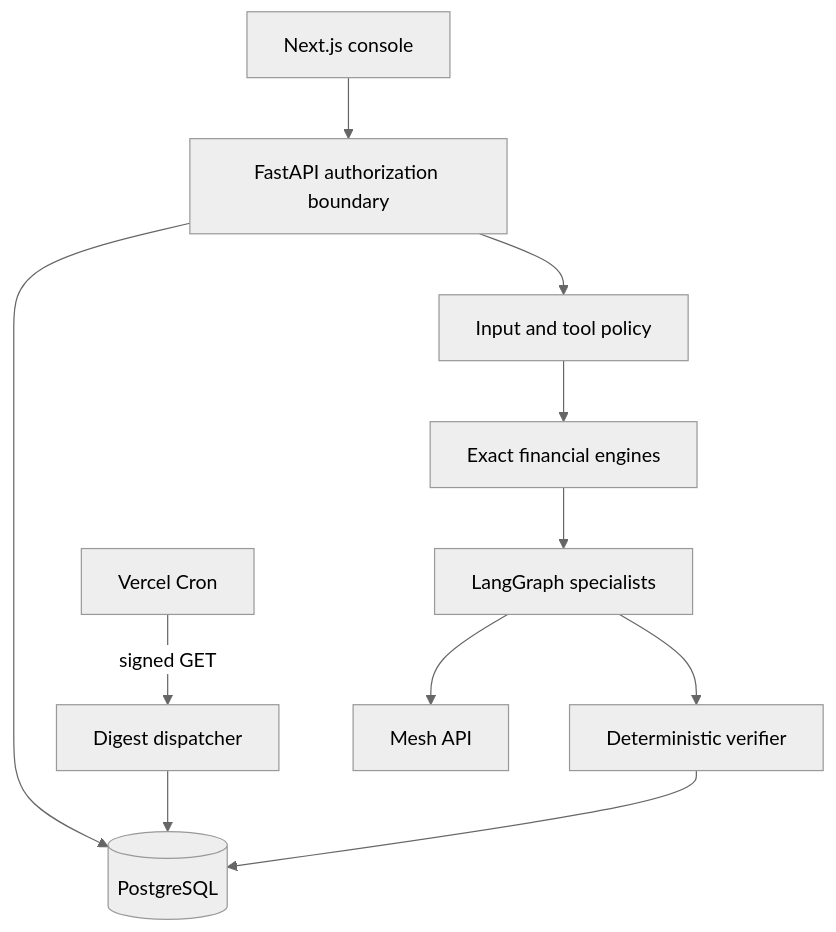
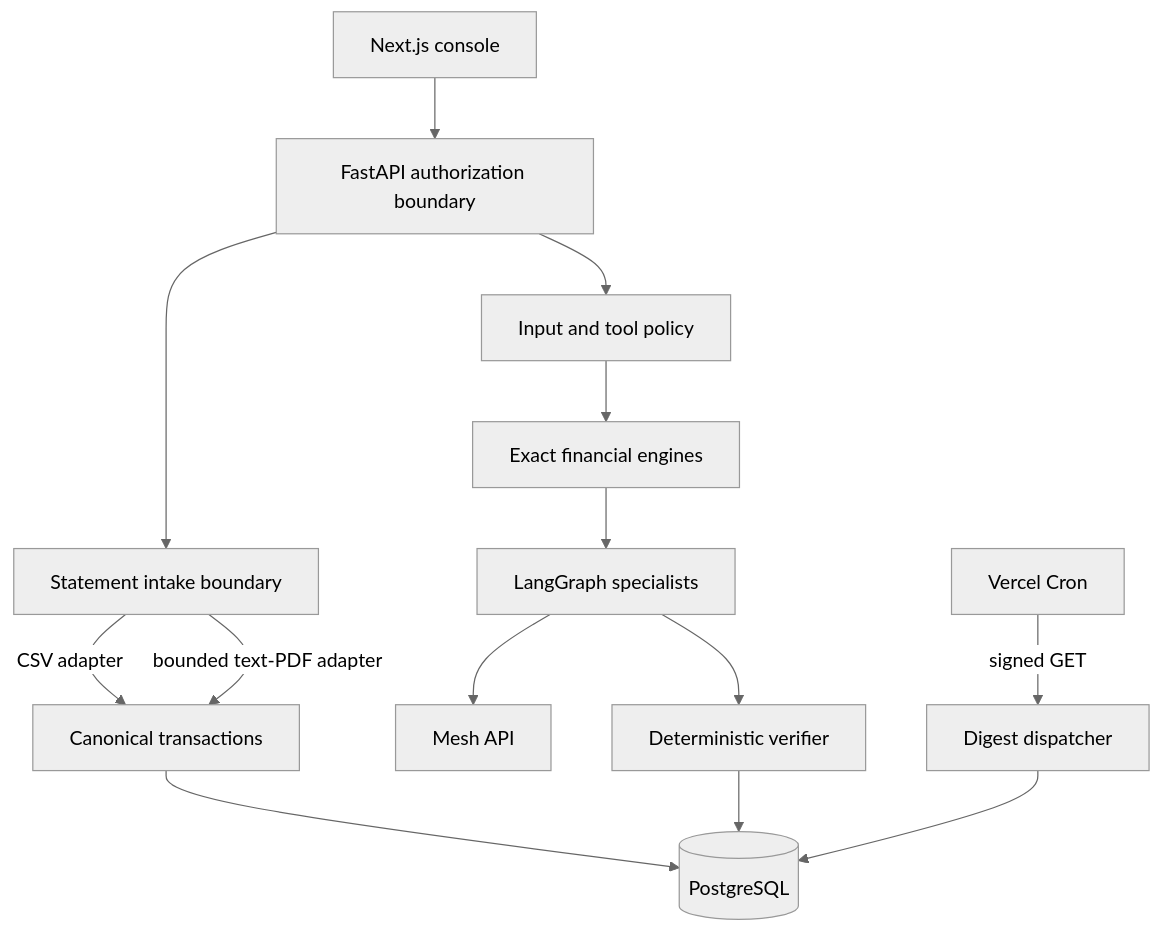
One commit to aiengineer-labs/finpilot-financial-intelligence-system changed the diagram in docs/architecture/system-design.md. Above: the diagram before and after it, drawn with Mermaid (neutral theme). The commit also changed other lines of this file and 41 other files, not shown here.

Commit message:
feat: add secure statement intake

````diff
--- a/docs/architecture/system-design.md
+++ b/docs/architecture/system-design.md
@@ -5,13 +5,16 @@
 ```mermaid
 flowchart TB
   UI[Next.js console] --> API[FastAPI authorization boundary]
-  API --> DB[(PostgreSQL)]
+  API --> INTAKE[Statement intake boundary]
+  INTAKE -->|CSV adapter| NORMALIZE[Canonical transactions]
+  INTAKE -->|bounded text-PDF adapter| NORMALIZE
+  NORMALIZE --> DB[(PostgreSQL)]
   API --> POLICY[Input and tool policy]
   POLICY --> ENGINE[Exact financial engines]
   ENGINE --> GRAPH[LangGraph specialists]
   GRAPH --> MESH[Mesh API]
   GRAPH --> VERIFY[Deterministic verifier]
   VERIFY --> DB
   CRON[Vercel Cron] -->|signed GET| JOBS[Digest dispatcher]
   JOBS --> DB
 ```
````
